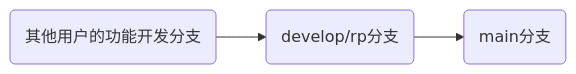
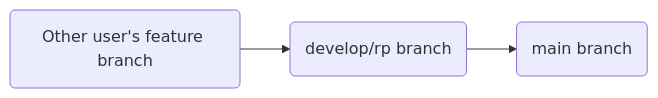
Before and after one commit to xystudio889/pyClickMouse: the diagram in CONTRIBUTING.md, drawn with Mermaid. The commit also changed other lines of this file and 16 other files, not shown here.

````diff
--- a/CONTRIBUTING.md
+++ b/CONTRIBUTING.md
@@ -89,5 +100,5 @@
 ```mermaid
 graph LR
-A(其他用户的功能开发分支) --> B(develop/rp分支)
-B --> C(main分支)
+A(Other user's feature branch) --> B(develop/rp branch)
+B --> C(main branch)
 ```
````
